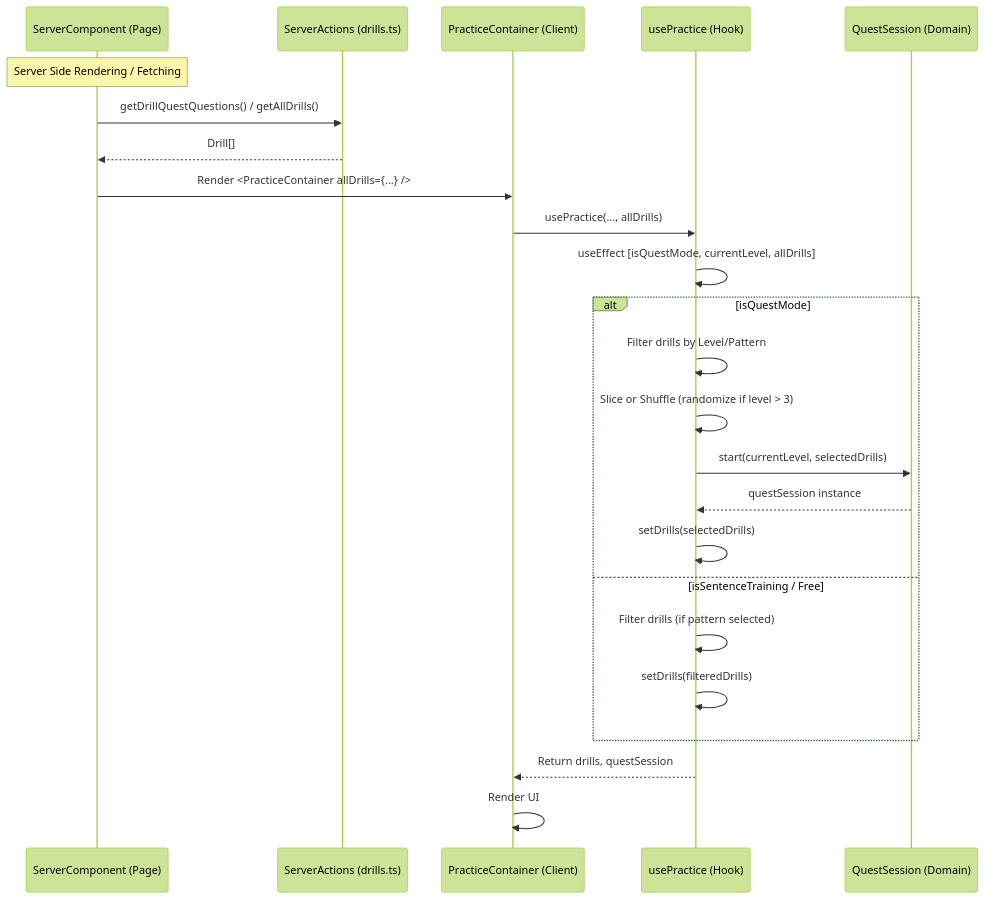
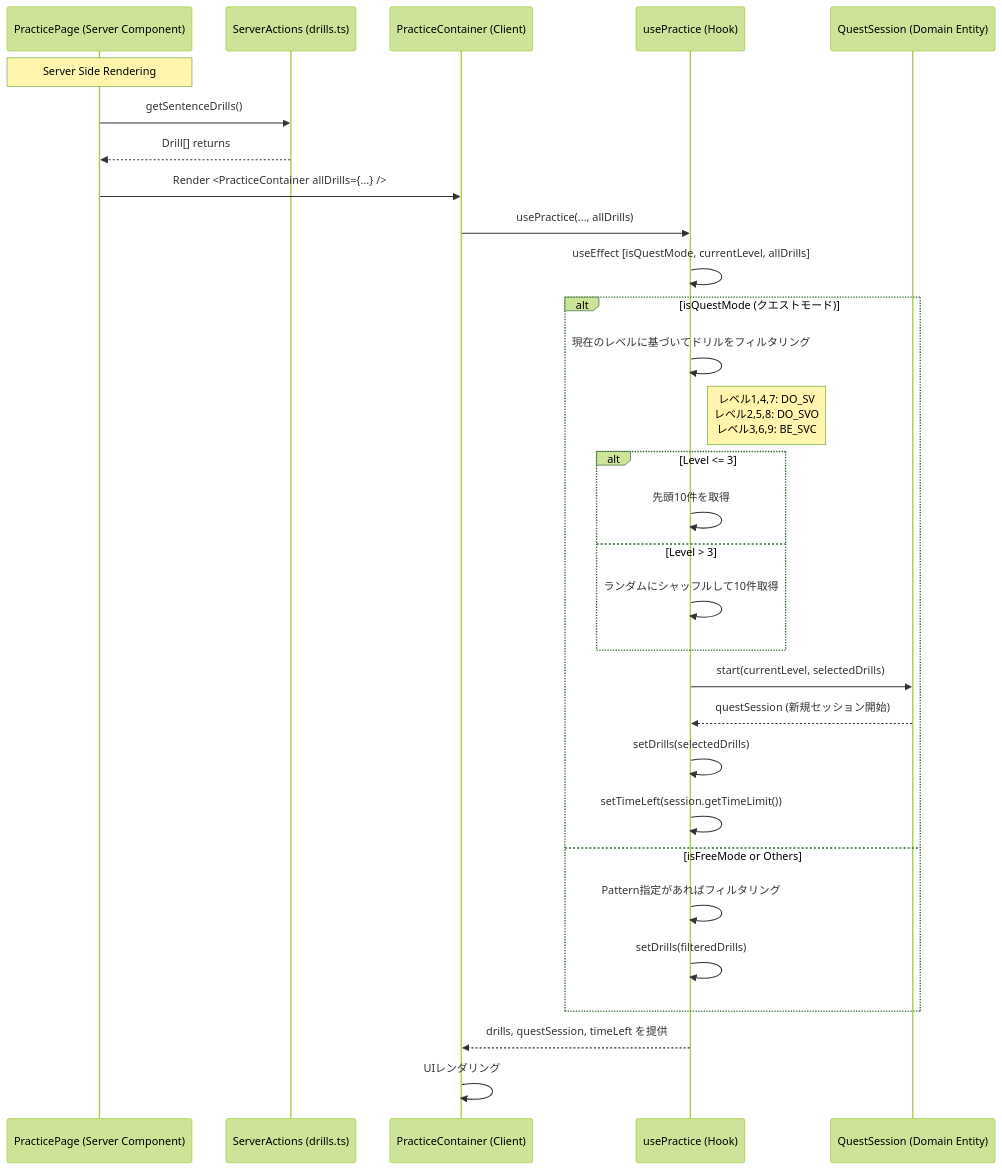
Before and after one commit to kayamak/grid9-english: the diagram in docs/sequence-diagrams/practices/fetchDrills.md, drawn with Mermaid (forest theme). The commit also changed other lines of this file and 4 other files, not shown here.

Commit message:
シーケンス図の整理

````diff
--- a/docs/sequence-diagrams/practices/fetchDrills.md
+++ b/docs/sequence-diagrams/practices/fetchDrills.md
@@ -3,32 +5,41 @@
 ```mermaid
 sequenceDiagram
-    participant Parent as ServerComponent (Page)
+    participant PageComp as PracticePage (Server Component)
     participant Action as ServerActions (drills.ts)
-    participant Page as PracticeContainer (Client)
+    participant Container as PracticeContainer (Client)
     participant Hook as usePractice (Hook)
-    participant Session as QuestSession (Domain)
+    participant Session as QuestSession (Domain Entity)
 
-    Note over Parent: Server Side Rendering / Fetching
-    
-    Parent->>Action: getDrillQuestQuestions() / getAllDrills()
-    Action-->>Parent: Drill[]
+    Note over PageComp: Server Side Rendering
 
-    Parent->>Page: Render <PracticeContainer allDrills={...} />
-    Page->>Hook: usePractice(..., allDrills)
+    PageComp->>Action: getSentenceDrills()
+    Action-->>PageComp: Drill[] returns
+
+    PageComp->>Container: Render <PracticeContainer allDrills={...} />
+    Container->>Hook: usePractice(..., allDrills)
     
     Hook->>Hook: useEffect [isQuestMode, currentLevel, allDrills]
 
-    alt isQuestMode
-        Hook->>Hook: Filter drills by Level/Pattern
-        Hook->>Hook: Slice or Shuffle (randomize if level > 3)
+    alt isQuestMode (クエストモード)
+        Hook->>Hook: 現在のレベルに基づいてドリルをフィルタリング
+        Note right of Hook: レベル1,4,7: DO_SV<br/>レベル2,5,8: DO_SVO<br/>レベル3,6,9: BE_SVC
+
+        alt Level <= 3
+            Hook->>Hook: 先頭10件を取得
+        else Level > 3
+            Hook->>Hook: ランダムにシャッフルして10件取得
+        end
+
         Hook->>Session: start(currentLevel, selectedDrills)
-        Session-->>Hook: questSession instance
+        Session-->>Hook: questSession (新規セッション開始)
+        
         Hook->>Hook: setDrills(selectedDrills)
-    else isSentenceTraining / Free
-        Hook->>Hook: Filter drills (if pattern selected)
+        Hook->>Hook: setTimeLeft(session.getTimeLimit())
+    else isFreeMode or Others
+        Hook->>Hook: Pattern指定があればフィルタリング
         Hook->>Hook: setDrills(filteredDrills)
     end
 
-    Hook-->>Page: Return drills, questSession
-    Page->>Page: Render UI
+    Hook-->>Container: drills, questSession, timeLeft を提供
+    Container->>Container: UIレンダリング
 ```
````
